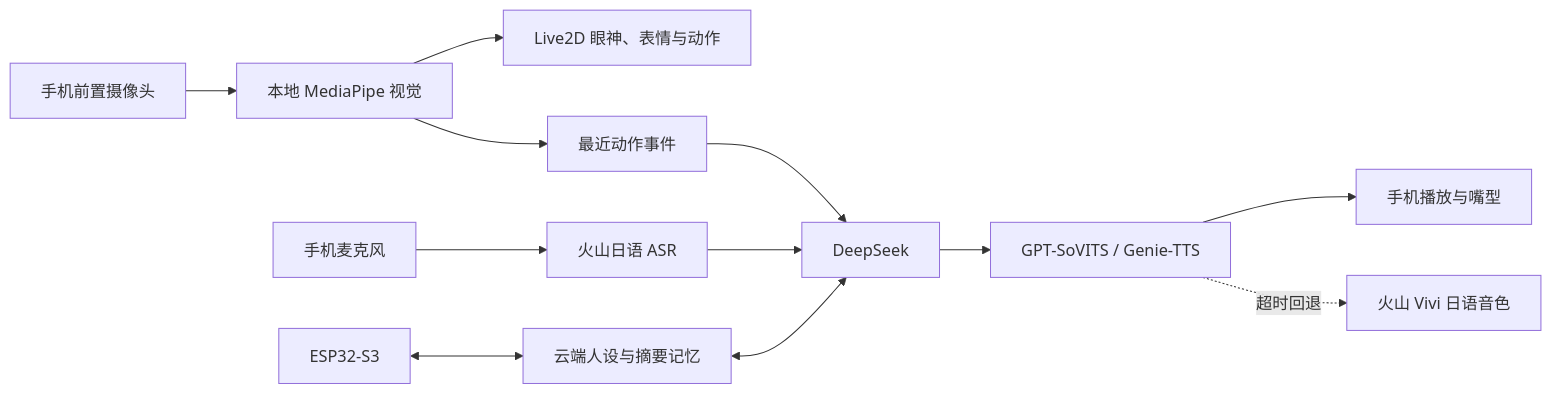
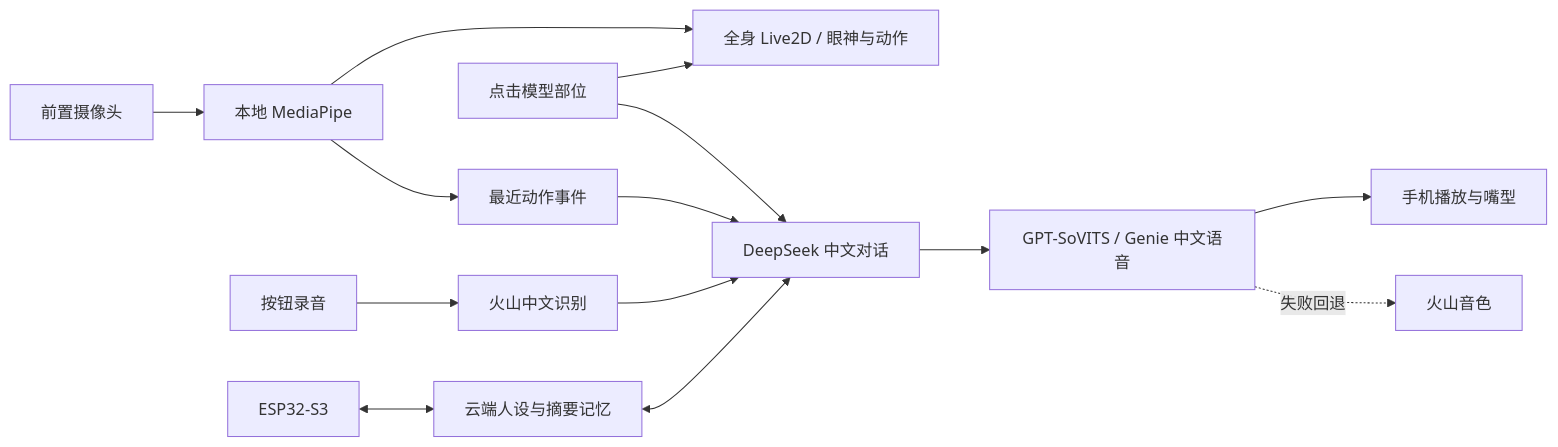
The diagram in README.md (Ace-Portgaz/deepseek-embodied-companion), drawn with Mermaid before and after one commit. The commit also changed other lines of this file and 88 other files, not shown here.

Commit message:
Publish Dafeiyu Mandarin companion with full-body Live2D and touch interaction

````diff
--- a/README.md
+++ b/README.md
@@ -9,14 +7,16 @@
 ```mermaid
 flowchart LR
-    Camera[手机前置摄像头] --> Local[本地 MediaPipe 视觉]
-    Local --> Avatar[Live2D 眼神、表情与动作]
-    Local --> Events[最近动作事件]
-    Mic[手机麦克风] --> ASR[火山日语 ASR]
-    ASR --> DS[DeepSeek]
+    Camera[前置摄像头] --> Vision[本地 MediaPipe]
+    Vision --> Avatar[全身 Live2D / 眼神与动作]
+    Vision --> Events[最近动作事件]
+    Touch[点击模型部位] --> Avatar
+    Touch --> DS[DeepSeek 中文对话]
+    Mic[按钮录音] --> ASR[火山中文识别]
+    ASR --> DS
     Events --> DS
     Memory[云端人设与摘要记忆] <--> DS
-    DS --> TTS[GPT-SoVITS / Genie-TTS]
-    TTS --> Speaker[手机播放与嘴型]
-    TTS -. 超时回退 .-> Vivi[火山 Vivi 日语音色]
+    DS --> Voice[GPT-SoVITS / Genie 中文语音]
+    Voice --> Playback[手机播放与嘴型]
+    Voice -. 失败回退 .-> Fallback[火山音色]
     ESP[ESP32-S3] <--> Memory
 ```
````
